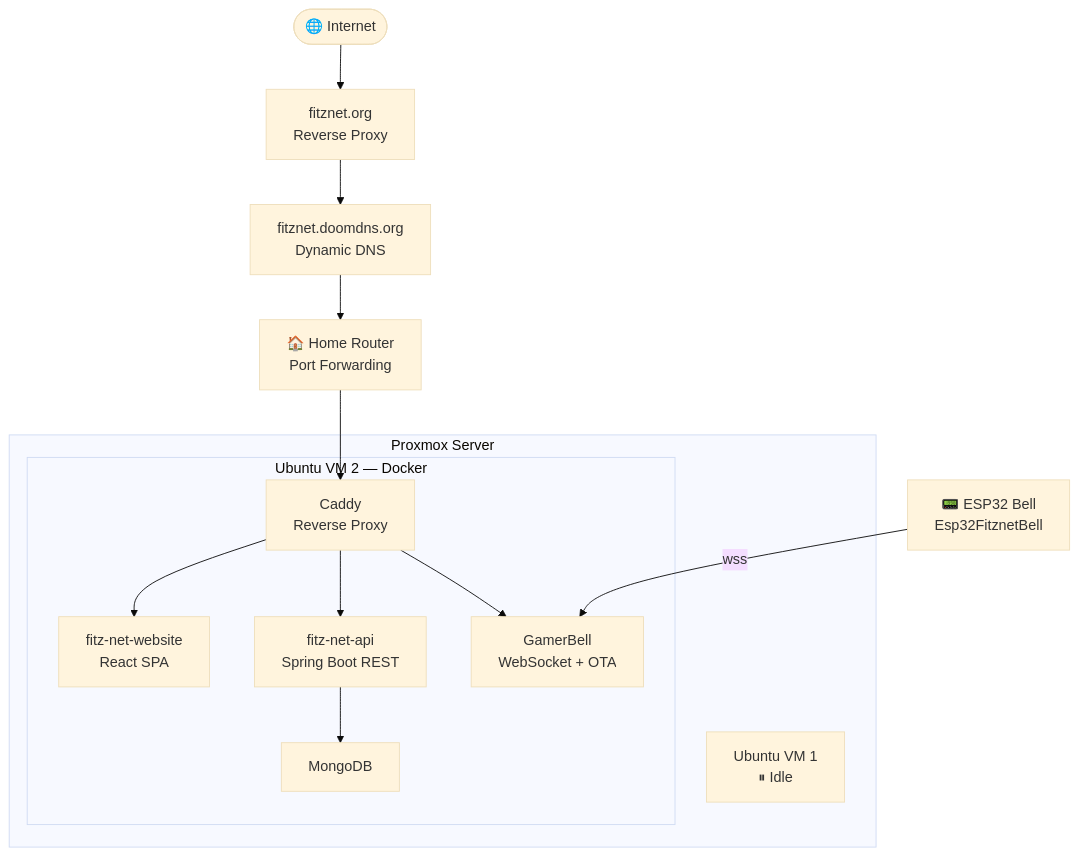
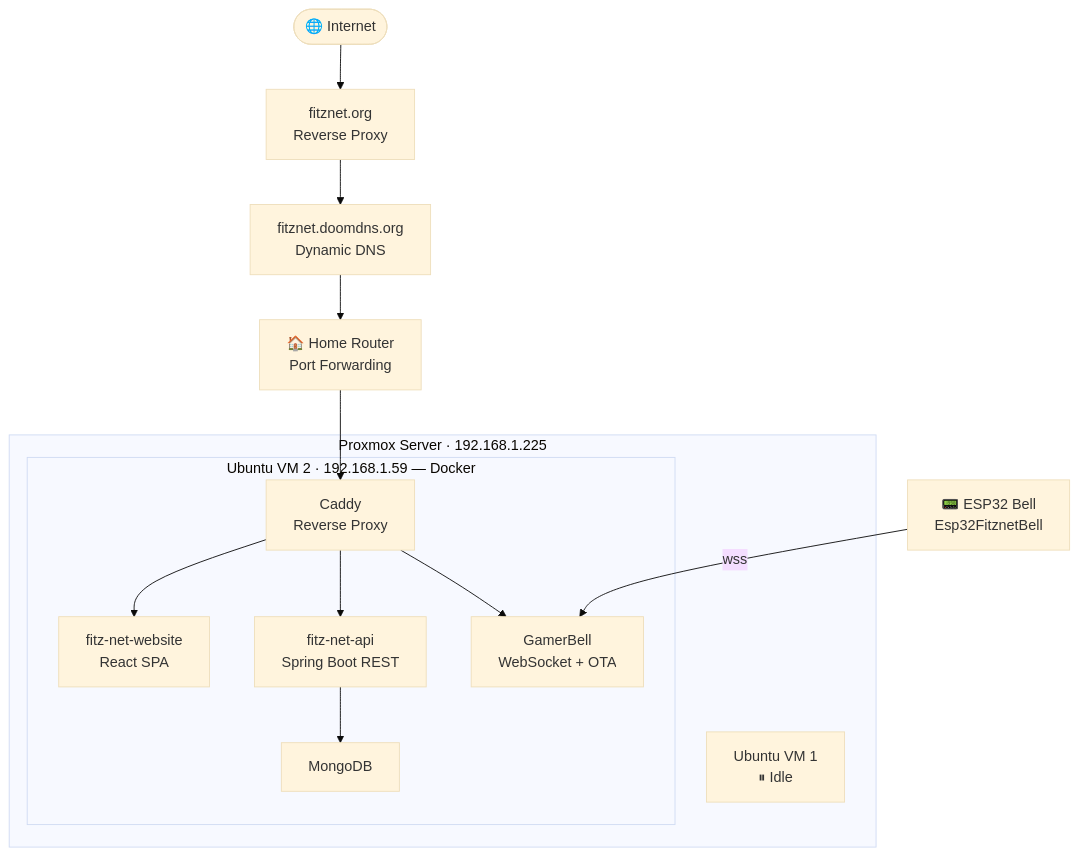
Before and after one commit to mattlol85/Fitz-Net: the first of 2 diagrams in README.md, drawn with Mermaid (base theme).

Commit message:
docs(readme): add internal IP addresses to infrastructure diagram

````diff
--- a/README.md
+++ b/README.md
@@ -81,28 +81,28 @@
 ```mermaid
 graph TD
     Internet(["🌐 Internet"])
     FitznetOrg["fitznet.org\nReverse Proxy"]
     DNS["fitznet.doomdns.org\nDynamic DNS"]
     Router["🏠 Home Router\nPort Forwarding"]
 
-    subgraph Proxmox["Proxmox Server"]
+    subgraph Proxmox["Proxmox Server · 192.168.1.225"]
         VM1["Ubuntu VM 1\n⏸ Idle"]
 
-        subgraph VM2["Ubuntu VM 2 — Docker"]
+        subgraph VM2["Ubuntu VM 2 · 192.168.1.59 — Docker"]
             Caddy["Caddy\nReverse Proxy"]
             Website["fitz-net-website\nReact SPA"]
             API["fitz-net-api\nSpring Boot REST"]
             Bell["GamerBell\nWebSocket + OTA"]
             Mongo["MongoDB"]
         end
     end
 
     ESP32["📟 ESP32 Bell\nEsp32FitznetBell"]
 
     Internet --> FitznetOrg --> DNS --> Router --> Caddy
     Caddy --> Website
     Caddy --> API
     Caddy --> Bell
     API --> Mongo
     ESP32 -->|"wss"| Bell
 ```
````
